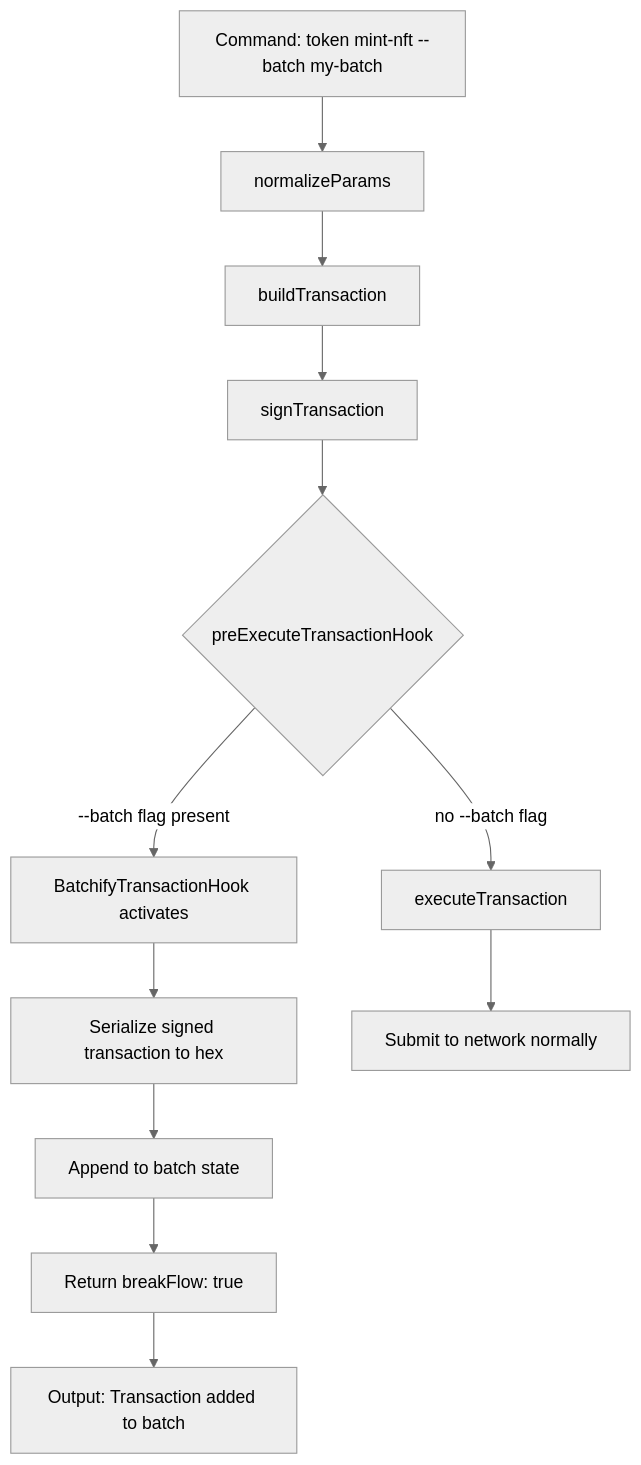
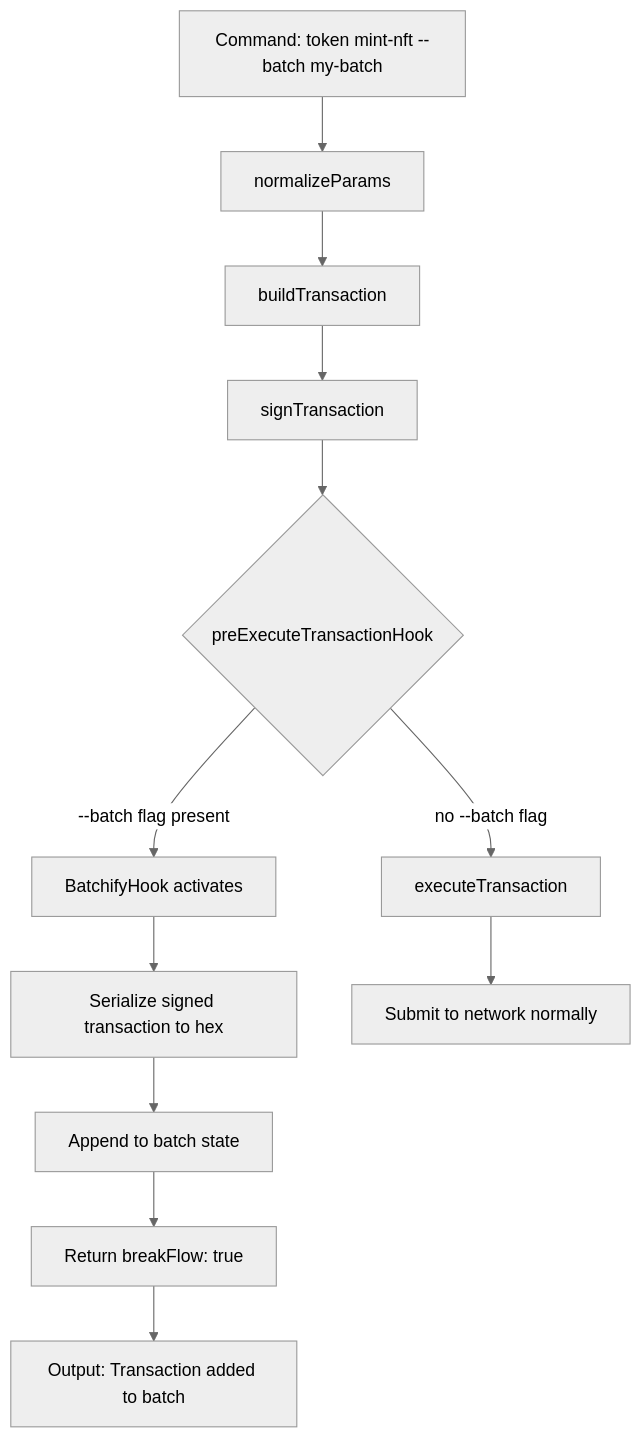
Before and after one commit to hiero-ledger/hiero-cli: the second of 2 diagrams in docs/adr/ADR-010-batch-transaction-plugin.md, drawn with Mermaid (neutral theme). The commit also changed other lines of this file and 6 other files, not shown here.

````diff
--- a/docs/adr/ADR-010-batch-transaction-plugin.md
+++ b/docs/adr/ADR-010-batch-transaction-plugin.md
@@ -499,14 +530,14 @@
 ```mermaid
 flowchart TD
     A["Command: token mint-nft --batch my-batch"] --> B[normalizeParams]
     B --> C[buildTransaction]
     C --> C2[signTransaction]
     C2 --> D{"preExecuteTransactionHook"}
-    D -->|"--batch flag present"| E[BatchifyTransactionHook activates]
+    D -->|"--batch flag present"| E[BatchifyHook activates]
     E --> F[Serialize signed transaction to hex]
     F --> G[Append to batch state]
     G --> H["Return breakFlow: true"]
     H --> I["Output: Transaction added to batch"]
     D -->|"no --batch flag"| J[executeTransaction]
     J --> K[Submit to network normally]
 ```
````
